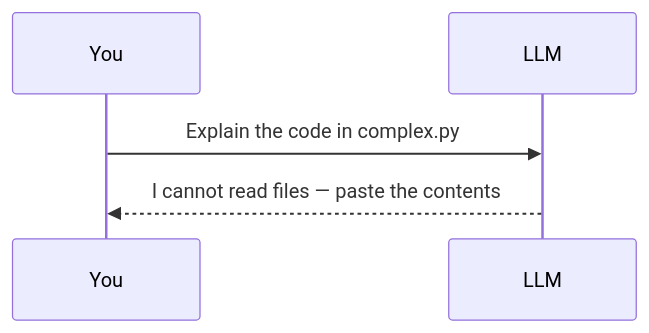
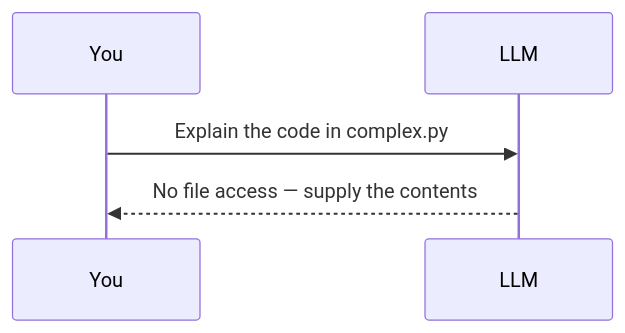
Before and after one commit to devops-monk/ai-blog: the first of 3 diagrams in content/posts/2026/cc-01-what-claude-code-is.md, drawn with Mermaid. The commit also changed other lines of this file and 3 other files, not shown here.

````diff
--- a/content/posts/2026/cc-01-what-claude-code-is.md
+++ b/content/posts/2026/cc-01-what-claude-code-is.md
@@ -26,7 +16,7 @@
 ```mermaid
 sequenceDiagram
     participant You
     participant LLM
     You->>LLM: Explain the code in complex.py
-    LLM-->>You: I cannot read files — paste the contents
+    LLM-->>You: No file access — supply the contents
 ```
````
